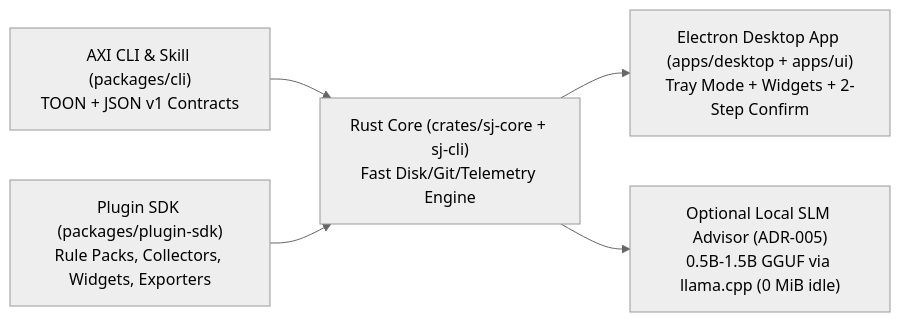
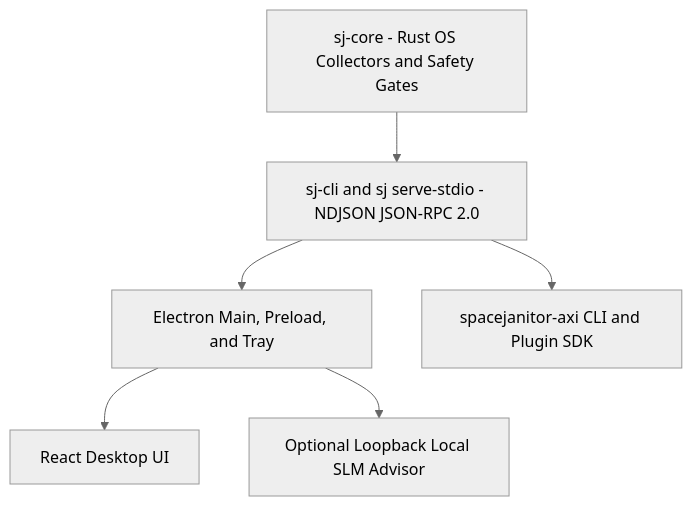
The second of 2 diagrams in README.md (adibirzu/spacejanitor), drawn with Mermaid (neutral theme) before and after one commit. The commit also changed other lines of this file and 5 other files, not shown here.

Commit message:
docs: add public MIT README, use cases, architecture, install, usage, and security guides

````diff
--- a/README.md
+++ b/README.md
@@ -25,7 +83,8 @@
 ```mermaid
-flowchart LR
-  RustCore["Rust Core (crates/sj-core + sj-cli)\nFast Disk/Git/Telemetry Engine"] --> Electron["Electron Desktop App (apps/desktop + apps/ui)\nTray Mode + Widgets + 2-Step Confirm"]
-  RustCore --> SLM["Optional Local SLM Advisor (ADR-005)\n0.5B-1.5B GGUF via llama.cpp (0 MiB idle)"]
-  AXI["AXI CLI & Skill (packages/cli)\nTOON + JSON v1 Contracts"] --> RustCore
-  SDK["Plugin SDK (packages/plugin-sdk)\nRule Packs, Collectors, Widgets, Exporters"] --> RustCore
+flowchart TB
+  Core["sj-core - Rust OS Collectors and Safety Gates"] --> Cli["sj-cli and sj serve-stdio - NDJSON JSON-RPC 2.0"]
+  Cli --> Electron["Electron Main, Preload, and Tray"]
+  Electron --> UI["React Desktop UI"]
+  Electron --> SLM["Optional Loopback Local SLM Advisor"]
+  Cli --> AXI["spacejanitor-axi CLI and Plugin SDK"]
 ```
````
